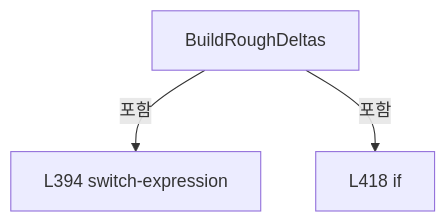
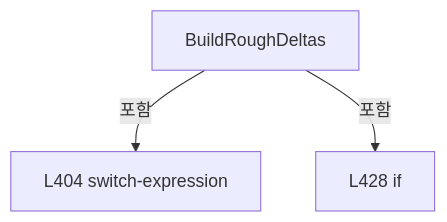
One commit to kjuws10-rgb/Shared changed the sixth of 18 diagrams in A3 LD Code Ref/files/Drilling.UI/Menu/Menus/CMenuCorrection.ReviewData.Offset.cs.md. Above: the diagram before and after it, drawn with Mermaid. The commit also changed other lines of this file and 2071 other files, not shown here.

Commit message:
docs(a3): update 11.19.0 architecture and code reference

````diff
--- a/A3 LD Code Ref/files/Drilling.UI/Menu/Menus/CMenuCorrection.ReviewData.Offset.cs.md
+++ b/A3 LD Code Ref/files/Drilling.UI/Menu/Menus/CMenuCorrection.ReviewData.Offset.cs.md
@@ -1189,8 +1193,8 @@
 ```mermaid
 flowchart TD
  M["BuildRoughDeltas"]
- N0["L394 switch-expression"]
+ N0["L404 switch-expression"]
  M -->|포함| N0
- N1["L418 if"]
+ N1["L428 if"]
  M -->|포함| N1
 ```
````
